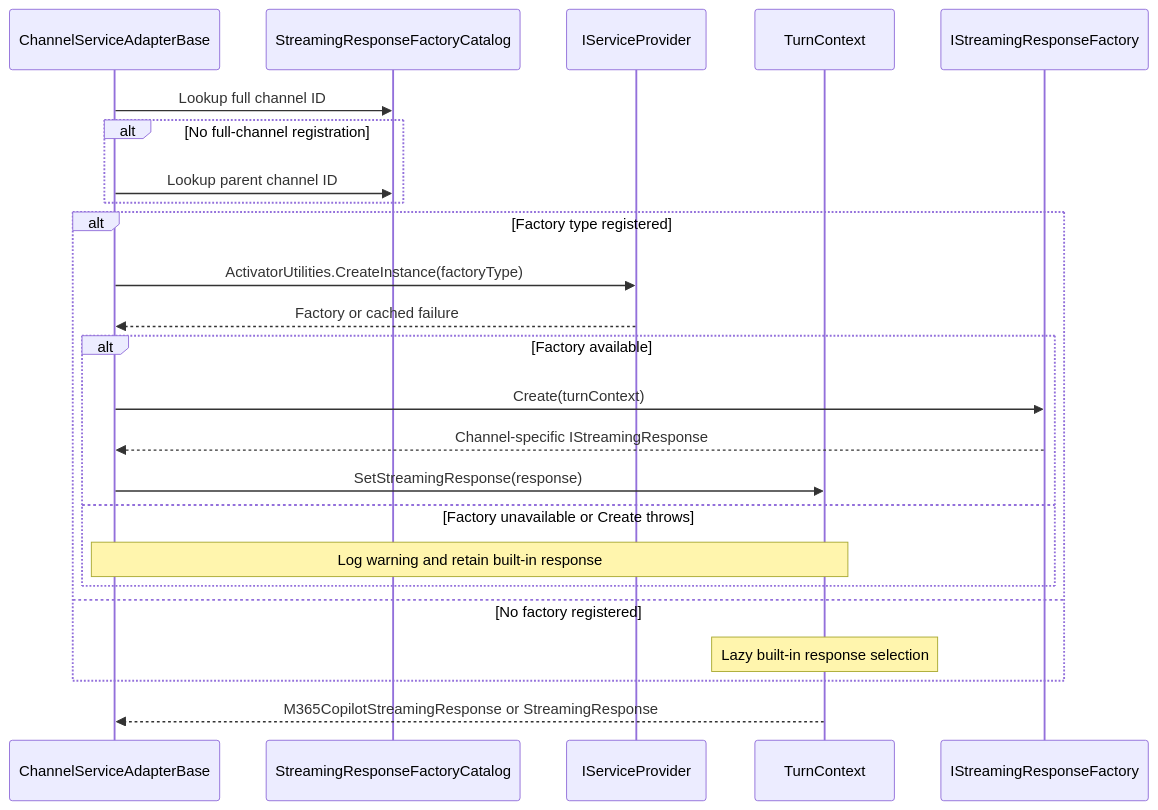
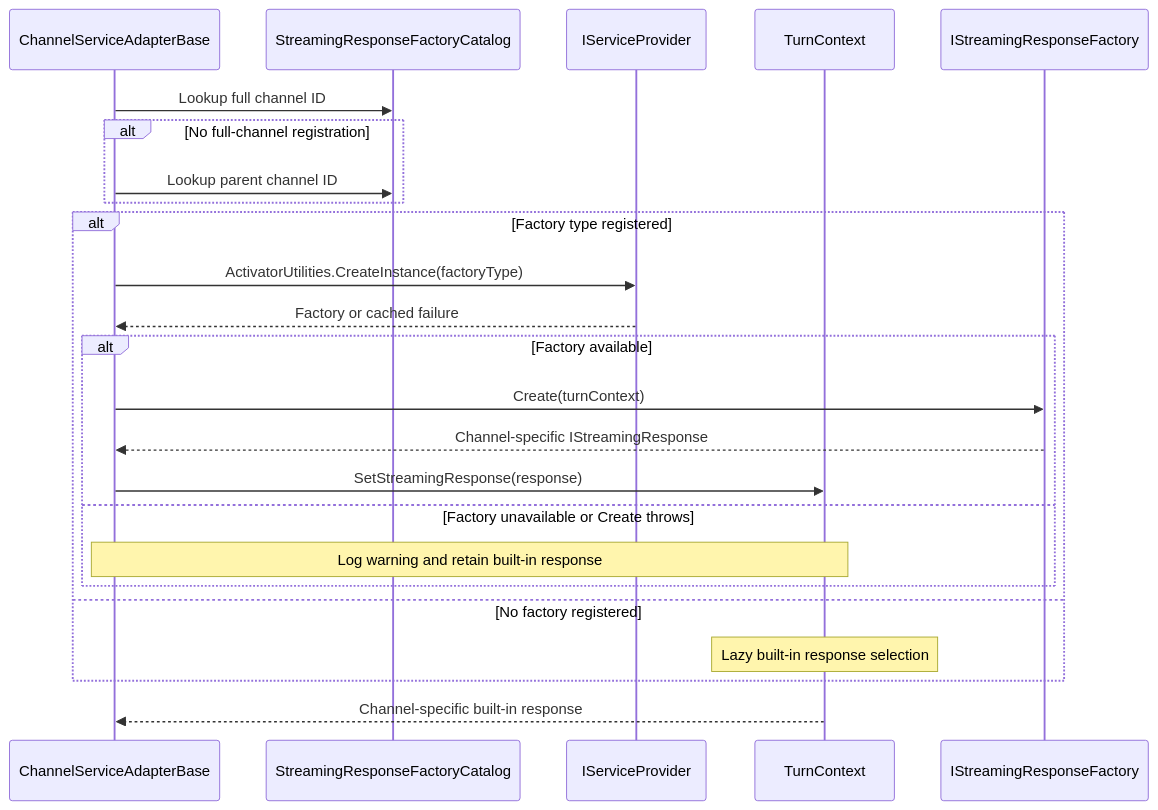
The first of 7 diagrams in docs/streaming-response-sequence-diagram.md (microsoft/Agents-for-net), drawn with Mermaid before and after one commit. The commit also changed other lines of this file and 12 other files, not shown here.

Commit message:
Added TeamsStreamingResponse

````diff
--- a/docs/streaming-response-sequence-diagram.md
+++ b/docs/streaming-response-sequence-diagram.md
@@ -17,29 +18,29 @@
 ```mermaid
 sequenceDiagram
     participant Adapter as ChannelServiceAdapterBase
     participant Catalog as StreamingResponseFactoryCatalog
     participant DI as IServiceProvider
     participant Context as TurnContext
     participant Factory as IStreamingResponseFactory
 
     Adapter->>Catalog: Lookup full channel ID
     alt No full-channel registration
         Adapter->>Catalog: Lookup parent channel ID
     end
 
     alt Factory type registered
         Adapter->>DI: ActivatorUtilities.CreateInstance(factoryType)
         DI-->>Adapter: Factory or cached failure
         alt Factory available
             Adapter->>Factory: Create(turnContext)
             Factory-->>Adapter: Channel-specific IStreamingResponse
             Adapter->>Context: SetStreamingResponse(response)
         else Factory unavailable or Create throws
             Note over Adapter,Context: Log warning and retain built-in response
         end
     else No factory registered
         Note over Context: Lazy built-in response selection
     end
 
-    Context-->>Adapter: M365CopilotStreamingResponse or StreamingResponse
+    Context-->>Adapter: Channel-specific built-in response
 ```
````
